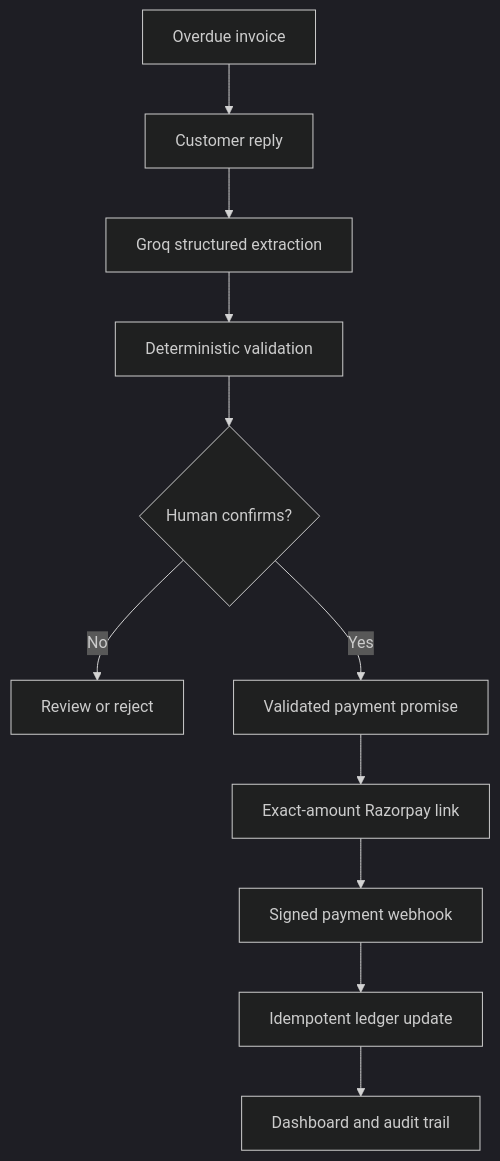
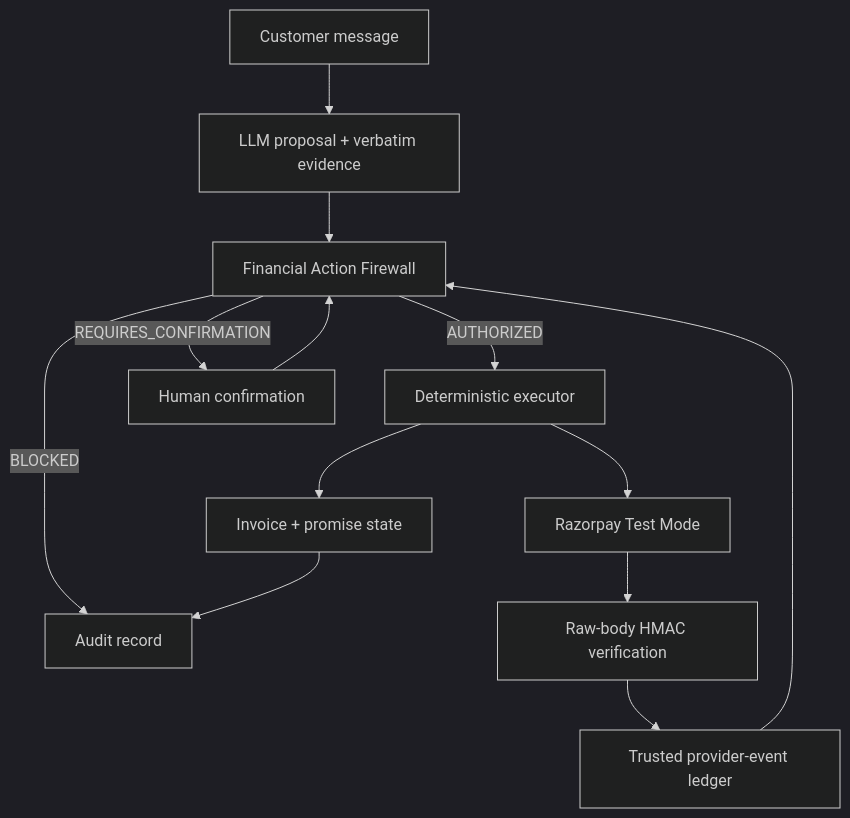
One commit to nimo247/Razorpay-link-Spike changed the diagram in README.md. Above: the diagram before and after it, drawn with Mermaid (dark theme). The commit also changed other lines of this file and 7 other files, not shown here.

````diff
--- a/README.md
+++ b/README.md
@@ -46,13 +55,15 @@
 ```mermaid
-flowchart TD
-    A["Overdue invoice"] --> B["Customer reply"]
-    B --> C["Groq structured extraction"]
-    C --> D["Deterministic validation"]
-    D --> E{"Human confirms?"}
-    E -- No --> F["Review or reject"]
-    E -- Yes --> G["Validated payment promise"]
-    G --> H["Exact-amount Razorpay link"]
-    H --> I["Signed payment webhook"]
-    I --> J["Idempotent ledger update"]
-    J --> K["Dashboard and audit trail"]
+flowchart TB
+    A["Customer message"] --> B["LLM proposal + verbatim evidence"]
+    B --> C["Financial Action Firewall"]
+    C -->|AUTHORIZED| D["Deterministic executor"]
+    C -->|REQUIRES_CONFIRMATION| E["Human confirmation"]
+    C -->|BLOCKED| F["Audit record"]
+    E --> C
+    D --> G["Razorpay Test Mode"]
+    G --> H["Raw-body HMAC verification"]
+    H --> I["Trusted provider-event ledger"]
+    I --> C
+    D --> J["Invoice + promise state"]
+    J --> F
 ```
````
